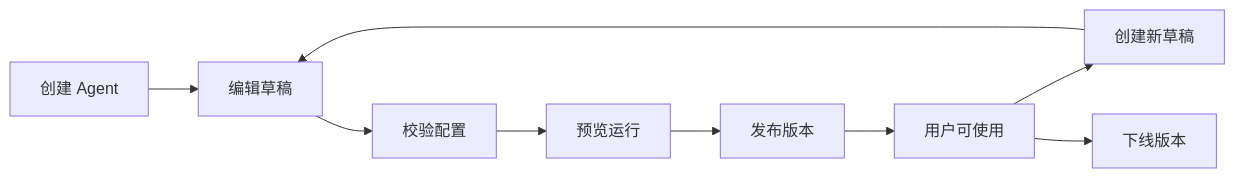
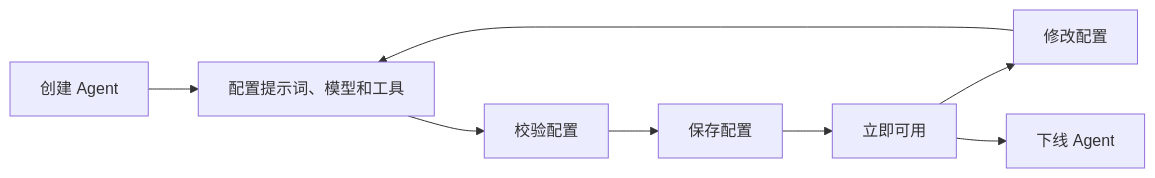
One commit to Lq0412/xa changed the second of 4 diagrams in docs/architecture.md. Above: the diagram before and after it, drawn with Mermaid. The commit also changed other lines of this file, not shown here.

Commit message:
docs(architecture): define agent ownership and activation

```diff
--- a/docs/architecture.md
+++ b/docs/architecture.md
@@ -360,11 +381,10 @@
 ~~~mermaid
 flowchart LR
-    Create[创建 Agent] --> Draft[编辑草稿]
-    Draft --> Validate[校验配置]
-    Validate --> Preview[预览运行]
-    Preview --> Publish[发布版本]
-    Publish --> Online[用户可使用]
-    Online --> NewDraft[创建新草稿]
-    NewDraft --> Draft
-    Online --> Offline[下线版本]
+    Create[创建 Agent] --> Configure[配置提示词、模型和工具]
+    Configure --> Validate[校验配置]
+    Validate --> Save[保存配置]
+    Save --> Active[立即可用]
+    Active --> Update[修改配置]
+    Update --> Configure
+    Active --> Offline[下线 Agent]
 ~~~
```
